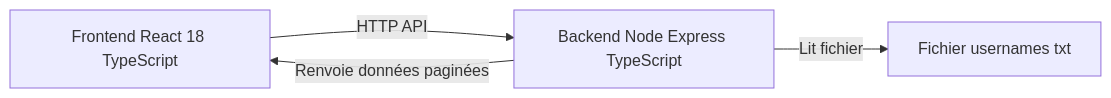
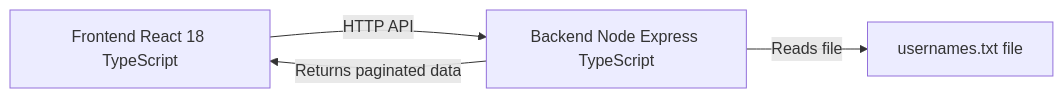
Before and after one commit to YassmineEm/User-Management: the diagram in README.md, drawn with Mermaid. The commit also changed other lines of this file and 7 other files, not shown here.

````diff
--- a/README.md
+++ b/README.md
@@ -34,6 +34,6 @@
 ```mermaid
 flowchart LR
     Browser[Frontend React 18 TypeScript] -->|HTTP API| ApiServer[Backend Node Express TypeScript]
-    ApiServer -->|Lit fichier| DataFile[Fichier usernames txt]
-    ApiServer -->|Renvoie données paginées| Browser
+    ApiServer -->|Reads file| DataFile[usernames.txt file]
+    ApiServer -->|Returns paginated data| Browser
 ```
````
